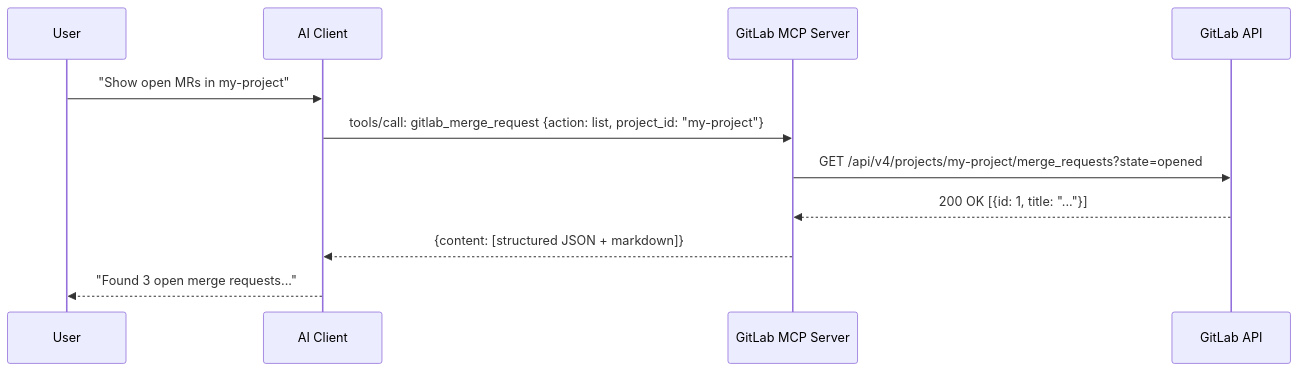
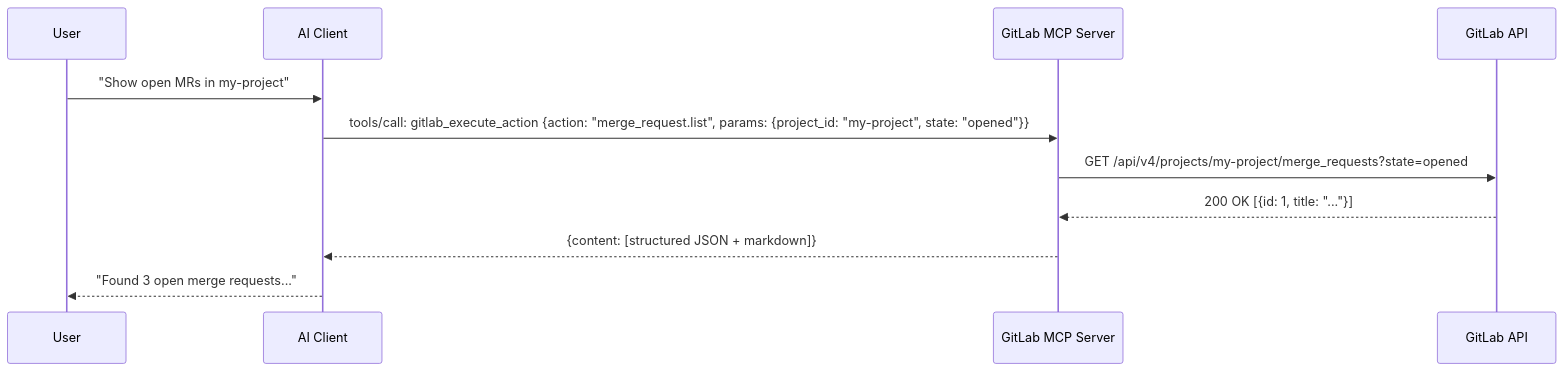
One commit to jmrplens/gitlab-mcp-server changed the second of 6 diagrams in site/src/content/docs/architecture.mdx. Above: the diagram before and after it, drawn with Mermaid. The commit also changed other lines of this file and 90 other files, not shown here.

````diff
--- a/site/src/content/docs/architecture.mdx
+++ b/site/src/content/docs/architecture.mdx
@@ -49,14 +49,14 @@
 ```mermaid
 sequenceDiagram
     participant User
     participant AI as AI Client
     participant MCP as GitLab MCP Server
     participant GL as GitLab API
 
     User->>AI: "Show open MRs in my-project"
-    AI->>MCP: tools/call: gitlab_merge_request {action: list, project_id: "my-project"}
+    AI->>MCP: tools/call: gitlab_execute_action {action: "merge_request.list", params: {project_id: "my-project", state: "opened"}}
     MCP->>GL: GET /api/v4/projects/my-project/merge_requests?state=opened
     GL-->>MCP: 200 OK [{id: 1, title: "..."}]
     MCP-->>AI: {content: [structured JSON + markdown]}
     AI-->>User: "Found 3 open merge requests..."
 ```
````
